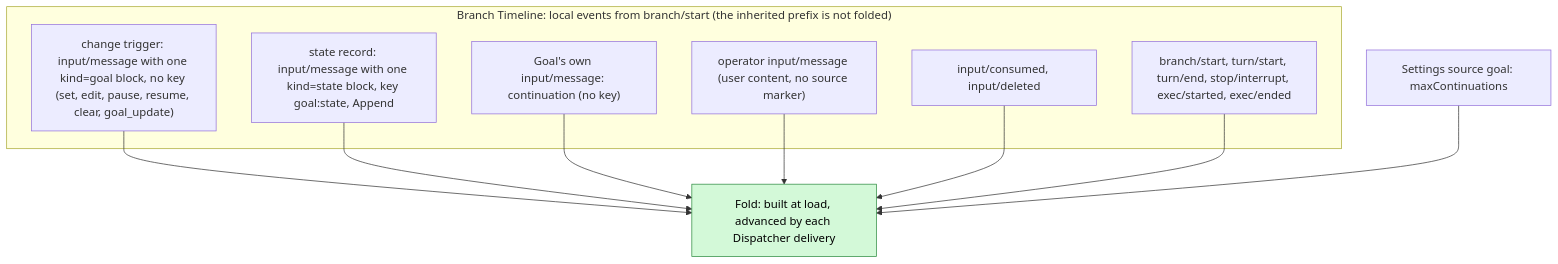
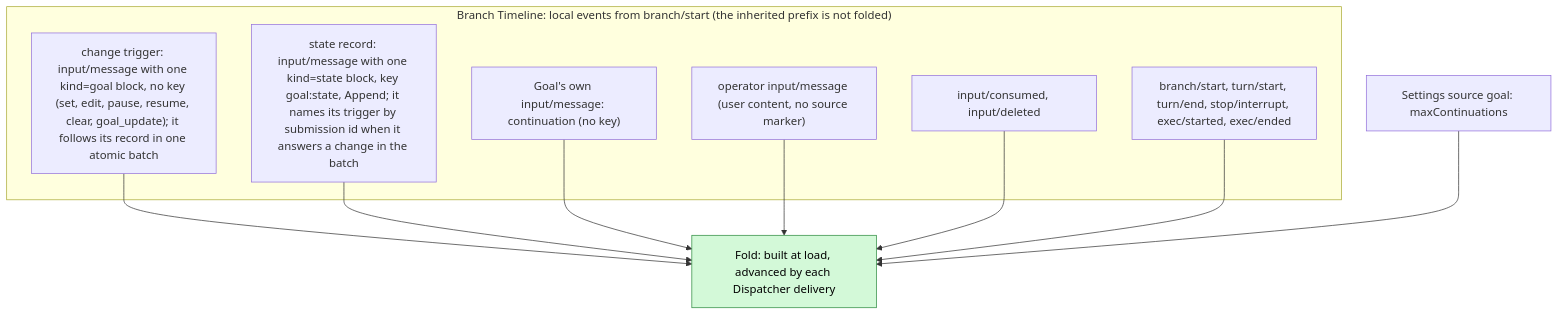
One commit to CoutinhoTTS/dim-agent changed the second of 7 diagrams in docs/design/plugins/Goal.md. Above: the diagram before and after it, drawn with Mermaid. The commit also changed other lines of this file and 16 other files, not shown here.

````diff
--- a/docs/design/plugins/Goal.md
+++ b/docs/design/plugins/Goal.md
@@ -49,21 +49,21 @@
 ```mermaid
 flowchart TB
   subgraph TLB["Branch Timeline: local events from branch/start (the inherited prefix is not folded)"]
-    TR["change trigger: input/message with one kind=goal block, no key (set, edit, pause, resume, clear, goal_update)"]
-    SR["state record: input/message with one kind=state block, key goal:state, Append"]
+    TR["change trigger: input/message with one kind=goal block, no key (set, edit, pause, resume, clear, goal_update); it follows its record in one atomic batch"]
+    SR["state record: input/message with one kind=state block, key goal:state, Append; it names its trigger by submission id when it answers a change in the batch"]
     CI["Goal's own input/message: continuation (no key)"]
     OI["operator input/message (user content, no source marker)"]
     IC["input/consumed, input/deleted"]
     TE["branch/start, turn/start, turn/end, stop/interrupt, exec/started, exec/ended"]
   end
   CFG["Settings source goal: maxContinuations"]
   VIEW["Fold: built at load, advanced by each Dispatcher delivery"]:::new
   TR --> VIEW
   SR --> VIEW
   CI --> VIEW
   OI --> VIEW
   IC --> VIEW
   TE --> VIEW
   CFG --> VIEW
   classDef new fill:#d3f9d8,stroke:#2b8a3e,color:#000
 ```
````
